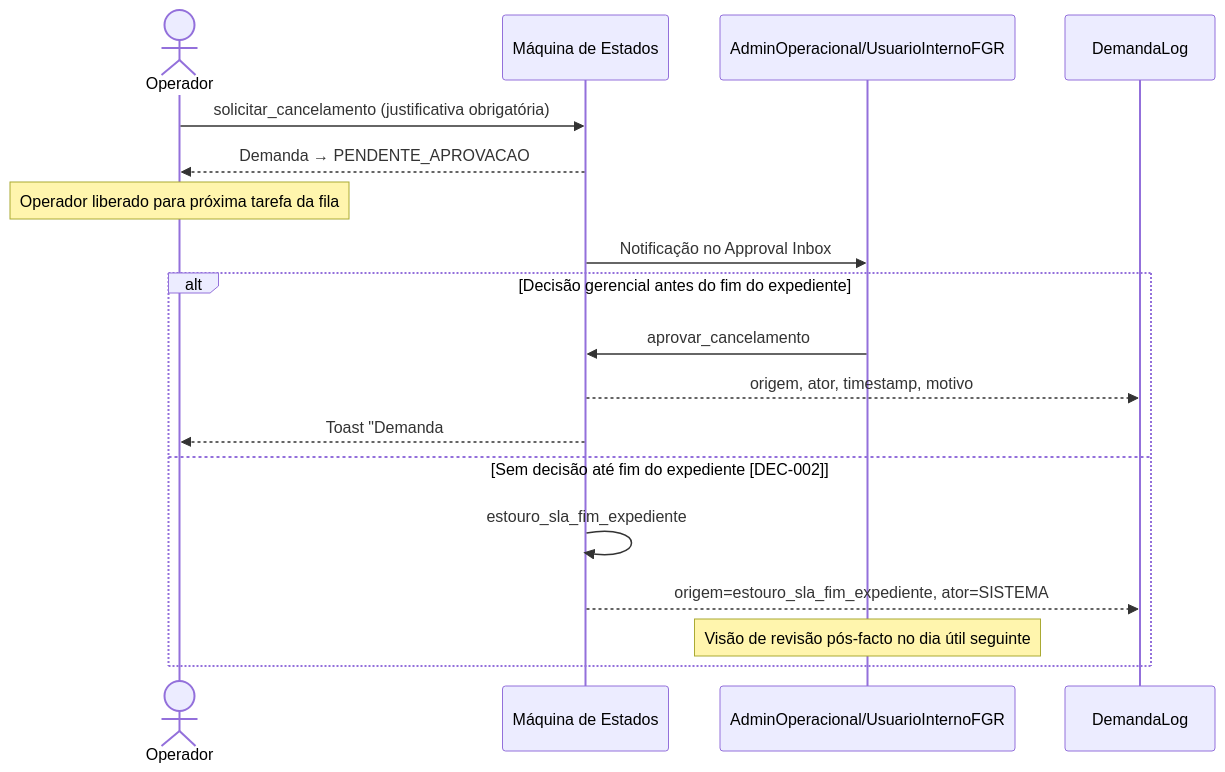
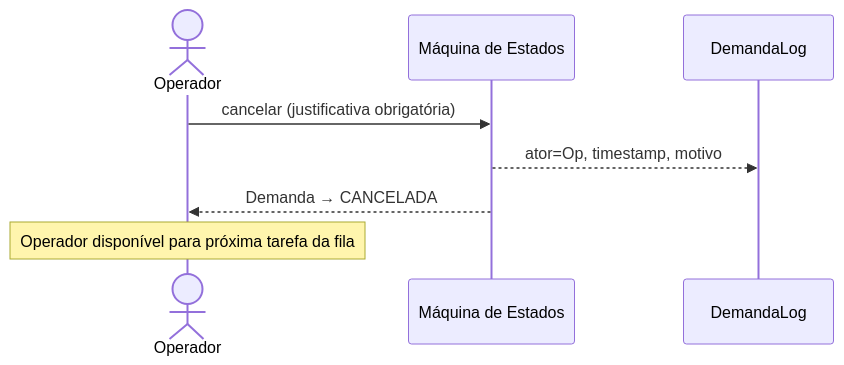
The second of 2 diagrams in docs/flows/02-execucao-campo-operador.md (paulotks/FGR-Ops-docs), drawn with Mermaid before and after one commit. The commit also changed other lines of this file and 14 other files, not shown here.

First line of the commit message:
docs: update REQ-RBAC-004 and remove PENDENTE_APROVACAO state (DEC-019, DEC-020)

````diff
--- a/docs/flows/02-execucao-campo-operador.md
+++ b/docs/flows/02-execucao-campo-operador.md
@@ -65,22 +65,11 @@
 ```mermaid
 sequenceDiagram
     actor Op as Operador
     participant SM as Máquina de Estados
-    participant Ger as AdminOperacional/UsuarioInternoFGR
     participant Log as DemandaLog
 
-    Op->>SM: solicitar_cancelamento (justificativa obrigatória)
-    SM-->>Op: Demanda → PENDENTE_APROVACAO
-    Note over Op: Operador liberado para próxima tarefa da fila
-    SM->>Ger: Notificação no Approval Inbox
-
-    alt Decisão gerencial antes do fim do expediente
-        Ger->>SM: aprovar_cancelamento
-        SM-->>Log: origem, ator, timestamp, motivo
-        SM-->>Op: Toast "Demanda #ID cancelada"
-    else Sem decisão até fim do expediente [DEC-002]
-        SM->>SM: estouro_sla_fim_expediente
-        SM-->>Log: origem=estouro_sla_fim_expediente, ator=SISTEMA
-        Note over Ger: Visão de revisão pós-facto no dia útil seguinte
-    end
+    Op->>SM: cancelar (justificativa obrigatória)
+    SM-->>Log: ator=Op, timestamp, motivo
+    SM-->>Op: Demanda → CANCELADA
+    Note over Op: Operador disponível para próxima tarefa da fila
 ```
````
